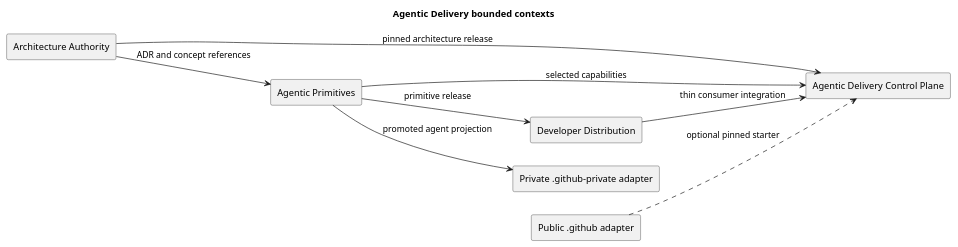
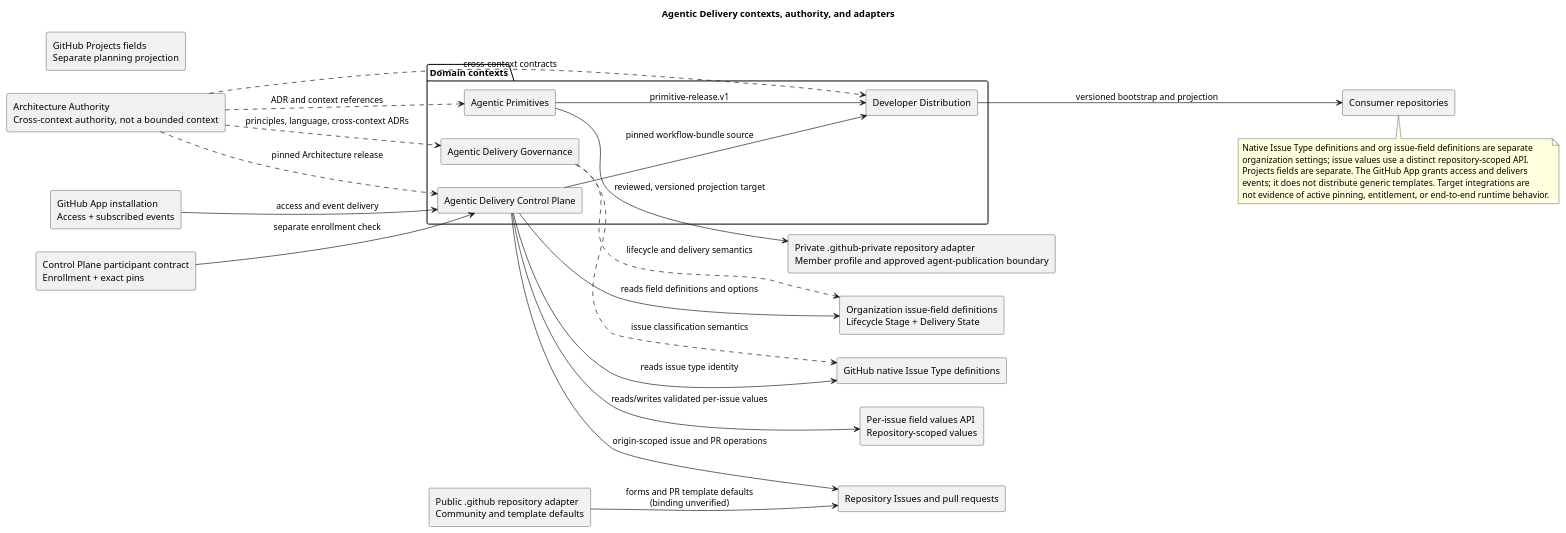
The diagram in architecture/diagrams/plantuml/bounded-contexts.puml (agentic-delivery-lab/agentic-delivery-architecture), drawn with PlantUML before and after one commit. The commit also changed 57 other files, not shown here.

Commit message:
docs(architecture): 🏛️ establish canonical authority

```diff
--- a/architecture/diagrams/plantuml/bounded-contexts.puml
+++ b/architecture/diagrams/plantuml/bounded-contexts.puml
@@ -1,20 +1,48 @@
 @startuml
-title Agentic Delivery bounded contexts
+title Agentic Delivery contexts, authority, and adapters
 left to right direction
+package "Domain contexts" {
+  rectangle "Agentic Delivery Governance" as governance
+  rectangle "Agentic Delivery Control Plane" as control
+  rectangle "Agentic Primitives" as primitives
+  rectangle "Developer Distribution" as distribution
+}
+rectangle "Architecture Authority\nCross-context authority, not a bounded context" as architecture
+rectangle "Public .github repository adapter\nCommunity and template defaults" as public
+rectangle "Private .github-private repository adapter\nMember profile and approved agent-publication boundary" as private
+rectangle "GitHub native Issue Type definitions" as nativeTypes
+rectangle "Organization issue-field definitions\nLifecycle Stage + Delivery State" as fieldDefinitions
+rectangle "GitHub Projects fields\nSeparate planning projection" as projects
+rectangle "GitHub App installation\nAccess + subscribed events" as app
+rectangle "Repository Issues and pull requests" as work
+rectangle "Per-issue field values API\nRepository-scoped values" as fieldValues
+rectangle "Control Plane participant contract\nEnrollment + exact pins" as participants
+rectangle "Consumer repositories" as consumers
 
-rectangle "Architecture Authority" as architecture
-rectangle "Agentic Delivery Control Plane" as control
-rectangle "Agentic Primitives" as primitives
-rectangle "Developer Distribution" as distribution
-rectangle "Public .github adapter" as public
-rectangle "Private .github-private adapter" as private
+architecture ..> governance : principles, language, cross-context ADRs
+architecture ..> control : pinned Architecture release
+architecture ..> primitives : ADR and context references
+architecture ..> distribution : cross-context contracts
+app --> control : access and event delivery
+participants --> control : separate enrollment check
+control --> nativeTypes : reads issue type identity
+control --> fieldDefinitions : reads field definitions and options
+control --> fieldValues : reads/writes validated per-issue values
+control --> work : origin-scoped issue and PR operations
+governance ..> nativeTypes : issue classification semantics
+governance ..> fieldDefinitions : lifecycle and delivery semantics
+public --> work : forms and PR template defaults\n(binding unverified)
+primitives --> private : reviewed, versioned projection target
+primitives --> distribution : primitive-release.v1
+control --> distribution : pinned workflow-bundle source
+distribution --> consumers : versioned bootstrap and projection
 
-architecture --> control : pinned architecture release
-architecture --> primitives : ADR and concept references
-primitives --> control : selected capabilities
-primitives --> private : promoted agent projection
-primitives --> distribution : primitive release
-distribution --> control : thin consumer integration
-public ..> control : optional pinned starter
+note bottom
+  Native Issue Type definitions and org issue-field definitions are separate
+  organization settings; issue values use a distinct repository-scoped API.
+  Projects fields are separate. The GitHub App grants access and delivers
+  events; it does not distribute generic templates. Target integrations are
+  not evidence of active pinning, entitlement, or end-to-end runtime behavior.
+end note
 
 @enduml
```
